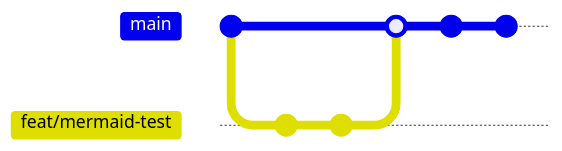
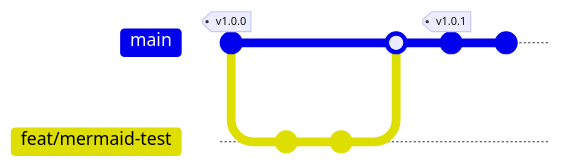
Before and after one commit to amisca-at/mermaid-sample: the second of 2 diagrams in README.md, drawn with Mermaid. Commit ids are hidden.

````diff
--- a/README.md
+++ b/README.md
@@ -20,12 +20,12 @@
 ```mermaid
     gitGraph
-       commit
+       commit tag: "v1.0.0"
        branch feat/mermaid-test
        checkout  feat/mermaid-test
        commit
        commit
        checkout main
        merge  feat/mermaid-test
-       commit
+       commit tag: "v1.0.1"
        commit
 ```
````
